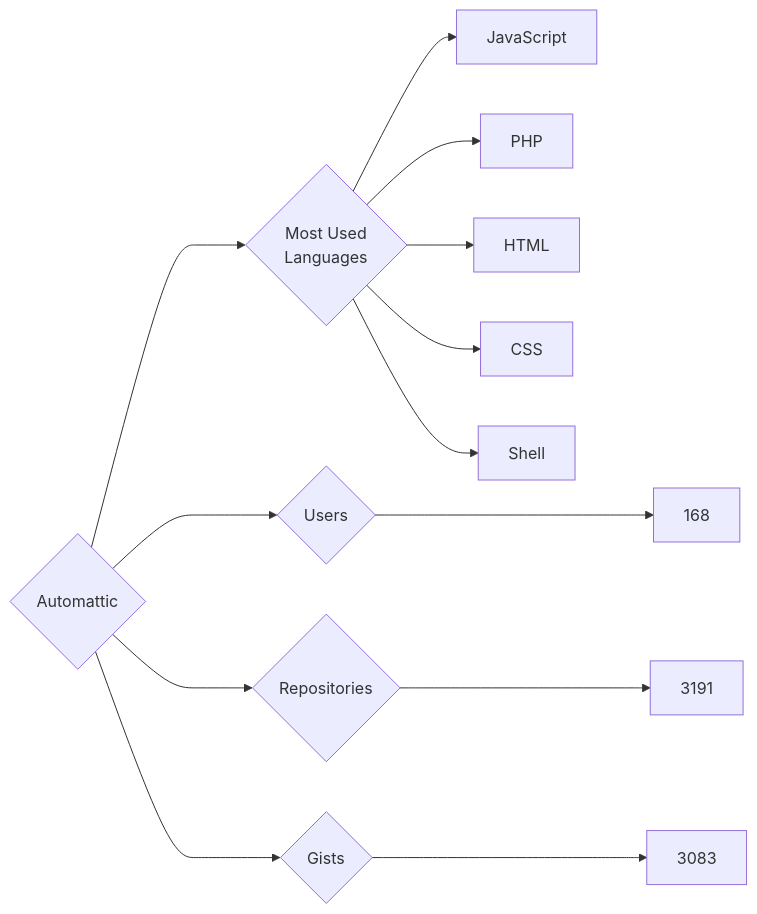
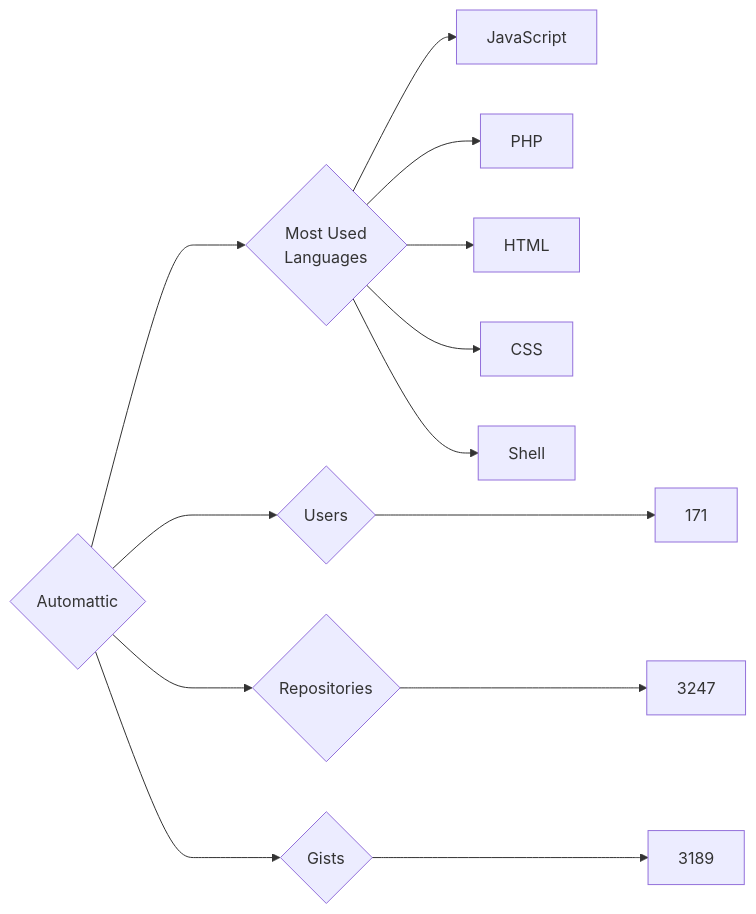
Before and after one commit to trickest/insiders: the diagram in targets/Automattic/README.md, drawn with Mermaid. The commit also changed 837 other files, not shown here.

````diff
--- a/targets/Automattic/README.md
+++ b/targets/Automattic/README.md
@@ -3,13 +3,13 @@
 ```mermaid
 graph LR
 COMPANY_NAME{Automattic}
-COMPANY_NAME ---> U{Users} ---> UN[168]
-COMPANY_NAME ---> R{Repositories} ---> RN[3191]
-COMPANY_NAME ---> G{Gists} ---> GN[3083]
+COMPANY_NAME ---> U{Users} ---> UN[171]
+COMPANY_NAME ---> R{Repositories} ---> RN[3247]
+COMPANY_NAME ---> G{Gists} ---> GN[3189]
 COMPANY_NAME ---> ML{Most Used<br>Languages}
 ML --> JavaScript[JavaScript]
 ML --> PHP[PHP]
 ML --> HTML[HTML]
 ML --> CSS[CSS]
 ML --> Shell[Shell]
 ```
````
